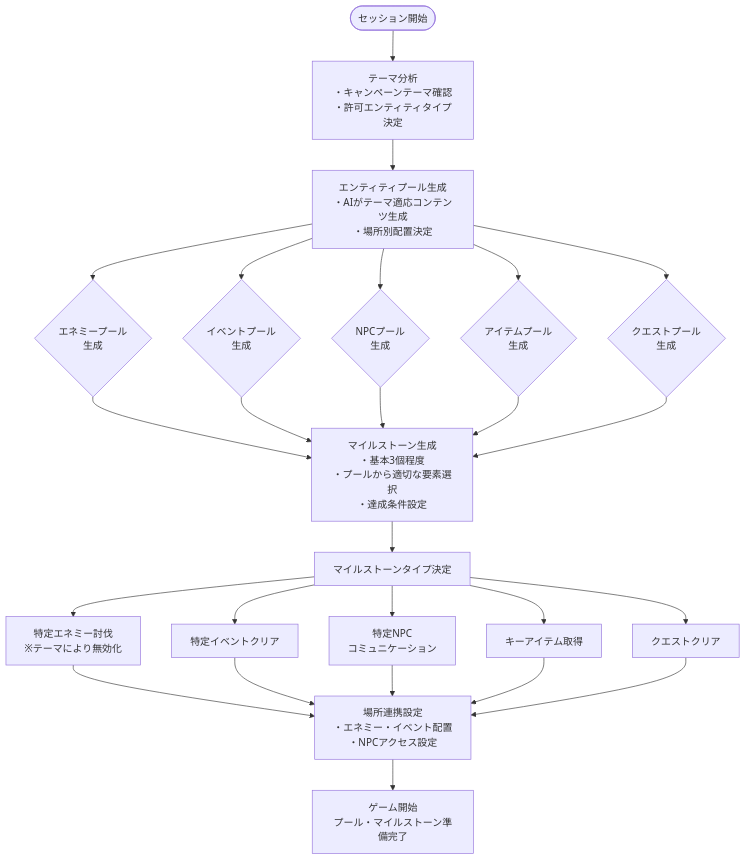
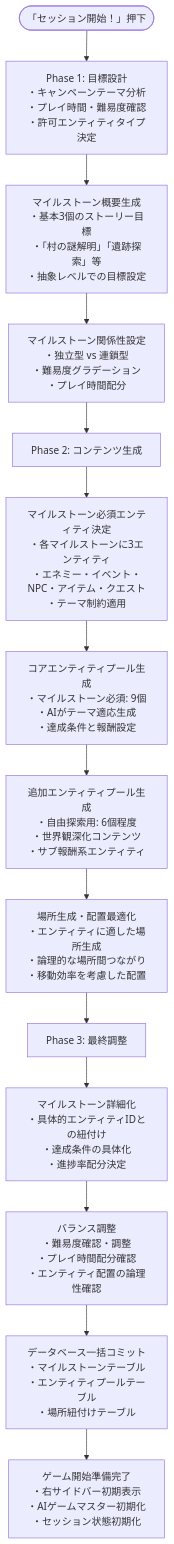
The fourth of 7 diagrams in docs/機能要件定義/TRPGセッション_フロー.md (nobuyuki-ootake/AIAgentTRPGGM2), drawn with Mermaid before and after one commit. The commit also changed other lines of this file and 11 other files, not shown here.

````diff
--- a/docs/機能要件定義/TRPGセッション_フロー.md
+++ b/docs/機能要件定義/TRPGセッション_フロー.md
@@ -329,33 +479,28 @@
 ```mermaid
 flowchart TD
-    SessionStart([セッション開始]) --> ThemeAnalysis[テーマ分析<br/>・キャンペーンテーマ確認<br/>・許可エンティティタイプ決定]
+    SessionStart([「セッション開始！」押下]) --> ThemeAnalysis[Phase 1: 目標設計<br/>・キャンペーンテーマ分析<br/>・プレイ時間・難易度確認<br/>・許可エンティティタイプ決定]
     
-    ThemeAnalysis --> PoolGeneration[エンティティプール生成<br/>・AIがテーマ適応コンテンツ生成<br/>・場所別配置決定]
+    ThemeAnalysis --> MilestoneOutline[マイルストーン概要生成<br/>・基本3個のストーリー目標<br/>・「村の謎解明」「遺跡探索」等<br/>・抽象レベルでの目標設定]
     
-    PoolGeneration --> EnemyPool{エネミープール<br/>生成}
-    PoolGeneration --> EventPool{イベントプール<br/>生成}
-    PoolGeneration --> NPCPool{NPCプール<br/>生成}
-    PoolGeneration --> ItemPool{アイテムプール<br/>生成}
-    PoolGeneration --> QuestPool{クエストプール<br/>生成}
+    MilestoneOutline --> MilestoneRelation[マイルストーン関係性設定<br/>・独立型 vs 連鎖型<br/>・難易度グラデーション<br/>・プレイ時間配分]
     
-    EnemyPool --> MilestoneGeneration[マイルストーン生成<br/>・基本3個程度<br/>・プールから適切な要素選択<br/>・達成条件設定]
-    EventPool --> MilestoneGeneration
-    NPCPool --> MilestoneGeneration
-    ItemPool --> MilestoneGeneration
-    QuestPool --> MilestoneGeneration
+    MilestoneRelation --> Phase2[Phase 2: コンテンツ生成]
     
-    MilestoneGeneration --> MilestoneTypes[マイルストーンタイプ決定]
-    MilestoneTypes --> EnemyDefeat[特定エネミー討伐<br/>※テーマにより無効化]
-    MilestoneTypes --> EventClear[特定イベントクリア]
-    MilestoneTypes --> NPCComm[特定NPC<br/>コミュニケーション]
-    MilestoneTypes --> KeyItem[キーアイテム取得]
-    MilestoneTypes --> QuestComplete[クエストクリア]
+    Phase2 --> EntityRequirement[マイルストーン必須エンティティ決定<br/>・各マイルストーンに3エンティティ<br/>・エネミー・イベント・NPC・アイテム・クエスト<br/>・テーマ制約適用]
     
-    EnemyDefeat --> LocationBinding[場所連携設定<br/>・エネミー・イベント配置<br/>・NPCアクセス設定]
-    EventClear --> LocationBinding
-    NPCComm --> LocationBinding
-    KeyItem --> LocationBinding
-    QuestComplete --> LocationBinding
+    EntityRequirement --> CoreEntityGeneration[コアエンティティプール生成<br/>・マイルストーン必須: 9個<br/>・AIがテーマ適応生成<br/>・達成条件と報酬設定]
     
-    LocationBinding --> GameStart[ゲーム開始<br/>プール・マイルストーン準備完了]
+    CoreEntityGeneration --> AdditionalEntityGeneration[追加エンティティプール生成<br/>・自由探索用: 6個程度<br/>・世界観深化コンテンツ<br/>・サブ報酬系エンティティ]
+    
+    AdditionalEntityGeneration --> LocationGeneration[場所生成・配置最適化<br/>・エンティティに適した場所生成<br/>・論理的な場所間つながり<br/>・移動効率を考慮した配置]
+    
+    LocationGeneration --> Phase3[Phase 3: 最終調整]
+    
+    Phase3 --> MilestoneDetailization[マイルストーン詳細化<br/>・具体的エンティティIDとの紐付け<br/>・達成条件の具体化<br/>・進捗率配分決定]
+    
+    MilestoneDetailization --> BalanceAdjustment[バランス調整<br/>・難易度確認・調整<br/>・プレイ時間配分確認<br/>・エンティティ配置の論理性確認]
+    
+    BalanceAdjustment --> DatabaseCommit[データベース一括コミット<br/>・マイルストーンテーブル<br/>・エンティティプールテーブル<br/>・場所紐付けテーブル]
+    
+    DatabaseCommit --> GameReady[ゲーム開始準備完了<br/>・右サイドバー初期表示<br/>・AIゲームマスター初期化<br/>・セッション状態初期化]
 ```
````
